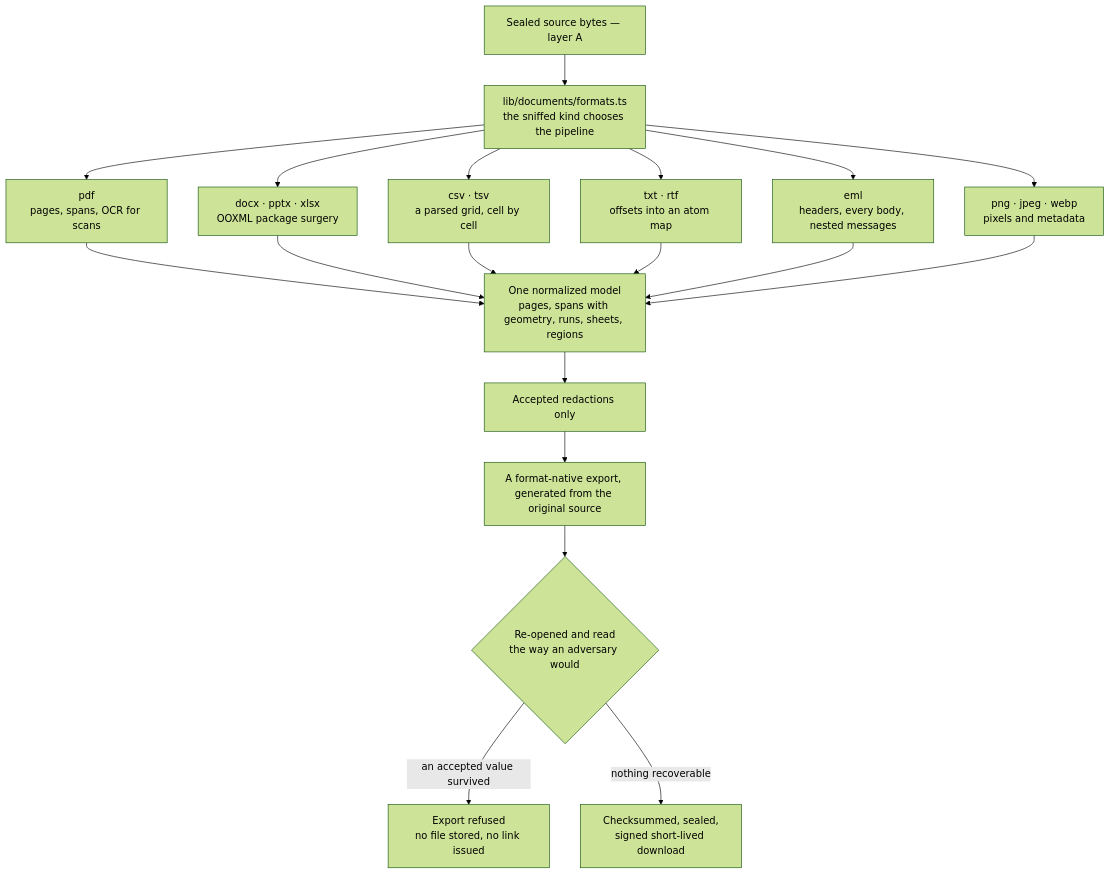
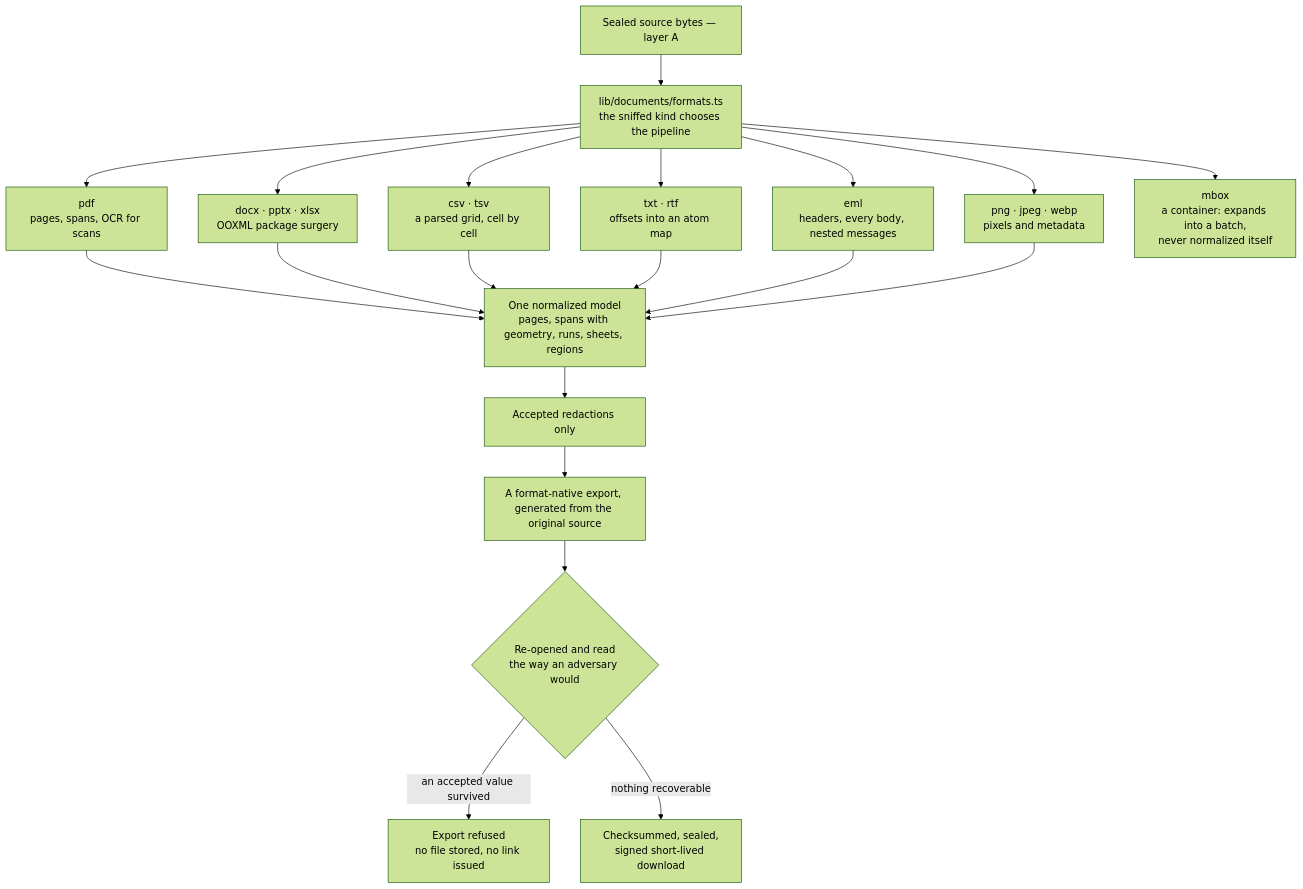
Before and after one commit to Anonify-v2-0/Anonify2.0: the first of 2 diagrams in docs/pipelines.md, drawn with Mermaid (forest theme). The commit also changed other lines of this file and 49 other files, not shown here.

First line of the commit message:
MBOX: a mailbox as a batch, and v1.1.0 (#88) (#100)

````diff
--- a/docs/pipelines.md
+++ b/docs/pipelines.md
@@ -45,21 +48,22 @@
 ```mermaid
 flowchart TB
     SRC["Sealed source bytes — layer A"] --> KIND["lib/documents/formats.ts<br/>the sniffed kind chooses the pipeline"]
     KIND --> PDF["pdf<br/>pages, spans, OCR for scans"]
     KIND --> OOX["docx · pptx · xlsx<br/>OOXML package surgery"]
     KIND --> GRD["csv · tsv<br/>a parsed grid, cell by cell"]
     KIND --> TXT["txt · rtf<br/>offsets into an atom map"]
     KIND --> EML["eml<br/>headers, every body, nested messages"]
     KIND --> IMG["png · jpeg · webp<br/>pixels and metadata"]
+    KIND --> MBX["mbox<br/>a container: expands into a batch,<br/>never normalized itself"]
     PDF --> NORM
     OOX --> NORM
     GRD --> NORM
     TXT --> NORM
     EML --> NORM
     IMG --> NORM["One normalized model<br/>pages, spans with geometry, runs, sheets, regions"]
     NORM --> ACC["Accepted redactions only"]
     ACC --> OUT["A format-native export, generated from the original source"]
     OUT --> VER{"Re-opened and read<br/>the way an adversary would"}
     VER -- "an accepted value survived" --> REF["Export refused<br/>no file stored, no link issued"]
     VER -- "nothing recoverable" --> DEL["Checksummed, sealed,<br/>signed short-lived download"]
 ```
````
